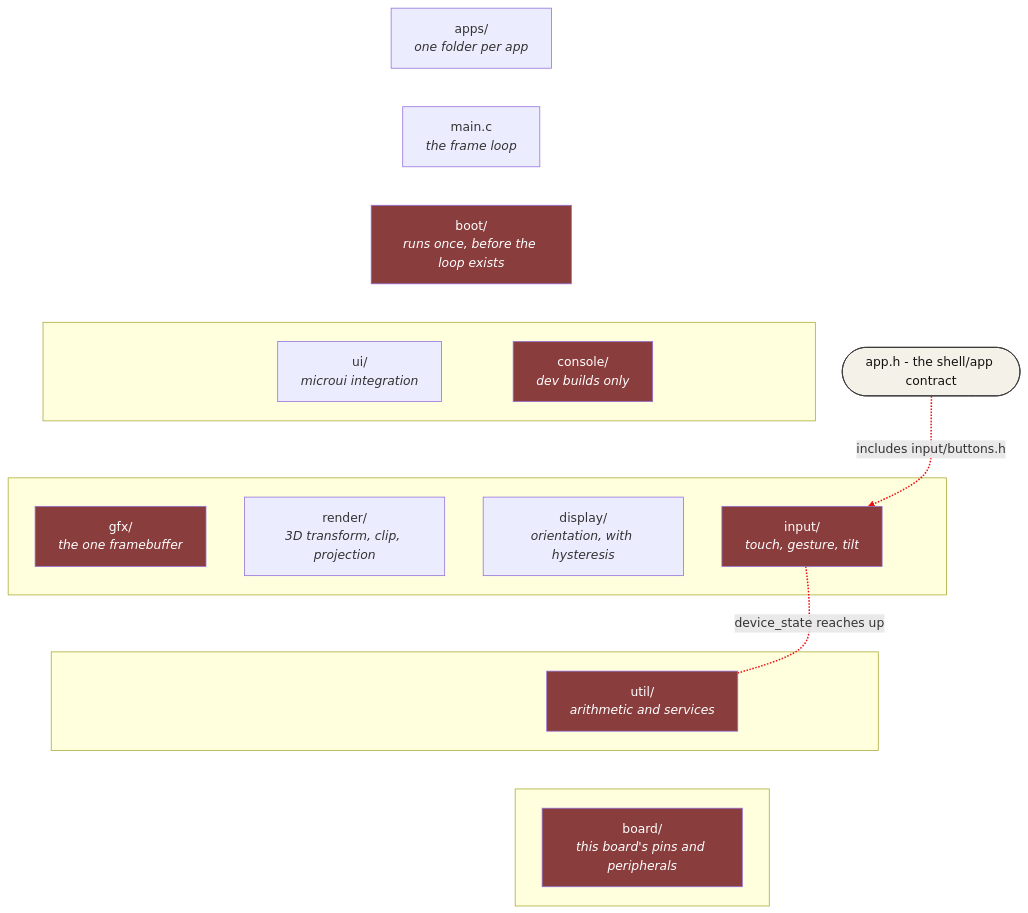
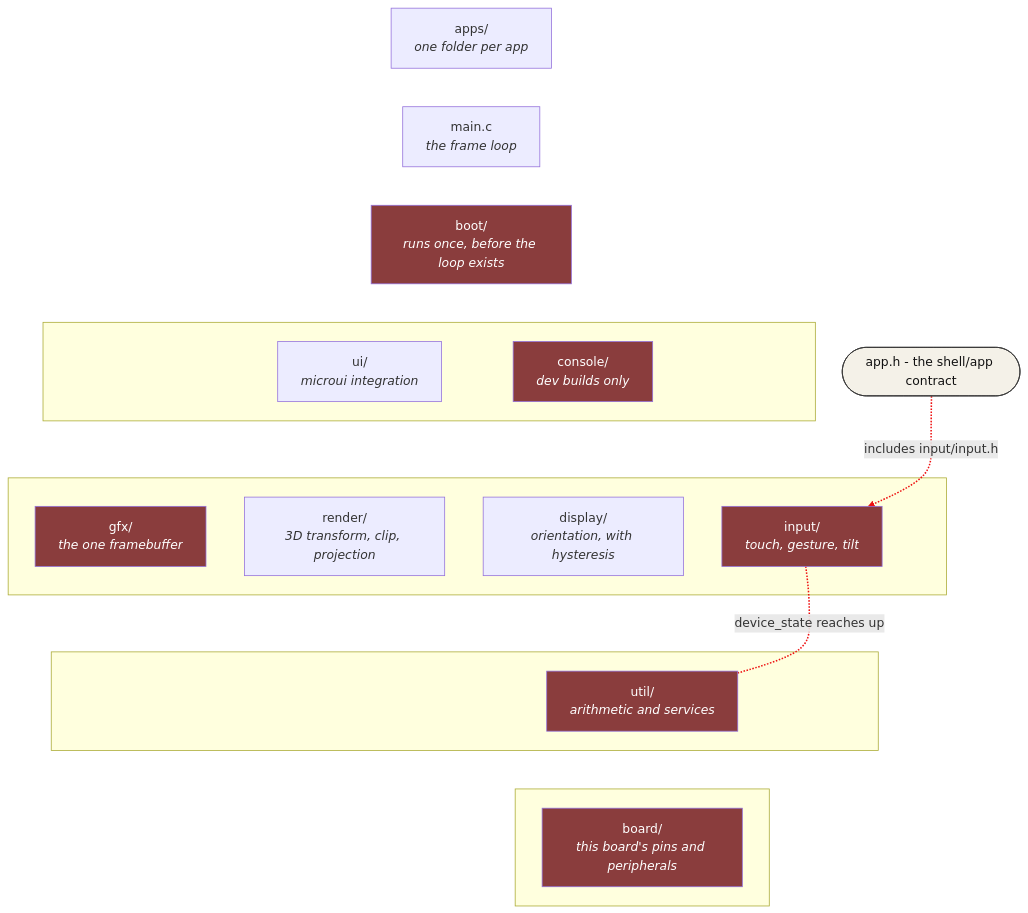
Before and after one commit to jose-villegas/autana: the first of 3 diagrams in docs/Launcher-Architecture.md, drawn with Mermaid. The commit also changed other lines of this file and 5 other files, not shown here.

````diff
--- a/docs/Launcher-Architecture.md
+++ b/docs/Launcher-Architecture.md
@@ -242,54 +242,54 @@
 ```mermaid
 flowchart TB
     classDef hw fill:#8a3d3d,color:#fff
     classDef contract fill:#f4f1e8,stroke:#333,stroke-width:1px,color:#111
 
     Apps["apps/<br/><i>one folder per app</i>"]
     Main["main.c<br/><i>the frame loop</i>"]
     Contract(["app.h - the shell/app contract"]):::contract
     Boot["boot/<br/><i>runs once, before the loop exists</i>"]
 
     subgraph T4[" "]
         Ui["ui/<br/><i>microui integration</i>"]
         Console["console/<br/><i>dev builds only</i>"]
     end
     subgraph T5[" "]
         Gfx["gfx/<br/><i>the one framebuffer</i>"]
         Render["render/<br/><i>3D transform, clip, projection</i>"]
         Display["display/<br/><i>orientation, with hysteresis</i>"]
         Input["input/<br/><i>touch, gesture, tilt</i>"]
     end
     subgraph T6[" "]
         Util["util/<br/><i>arithmetic and services</i>"]
     end
     subgraph T7[" "]
         Board["board/<br/><i>this board's pins and peripherals</i>"]
     end
 
     Apps ~~~ Main ~~~ Boot
     Boot ~~~ Ui
     Boot ~~~ Console
     Ui ~~~ Gfx
     Ui ~~~ Render
     Ui ~~~ Input
     Ui ~~~ Display
     Console ~~~ Gfx
     Console ~~~ Render
     Console ~~~ Input
     Console ~~~ Display
     Gfx ~~~ Util
     Render ~~~ Util
     Input ~~~ Util
     Display ~~~ Util
     Util ~~~ Board
 
     class Boot,Gfx,Input,Console,Board,Util hw
 
     %% linkStyle below recolours these two by index (17, 18); an edge added
     %% above them shifts both numbers, so add new edges after them.
-    Contract -.->|"includes input/buttons.h"| Input
+    Contract -.->|"includes input/input.h"| Input
     Input <-.-|"device_state reaches up"| Util
 
     linkStyle 17 stroke:#e11,stroke-width:2px
     linkStyle 18 stroke:#e11,stroke-width:2px
 ```
````
